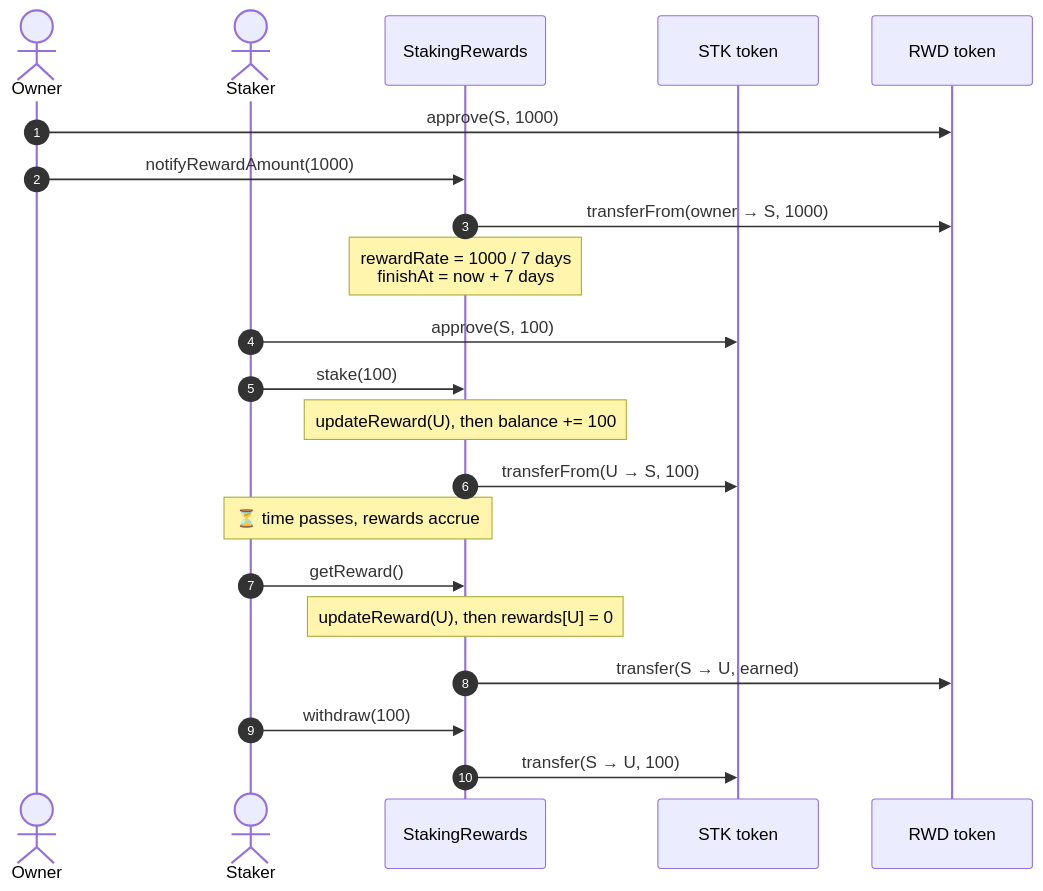
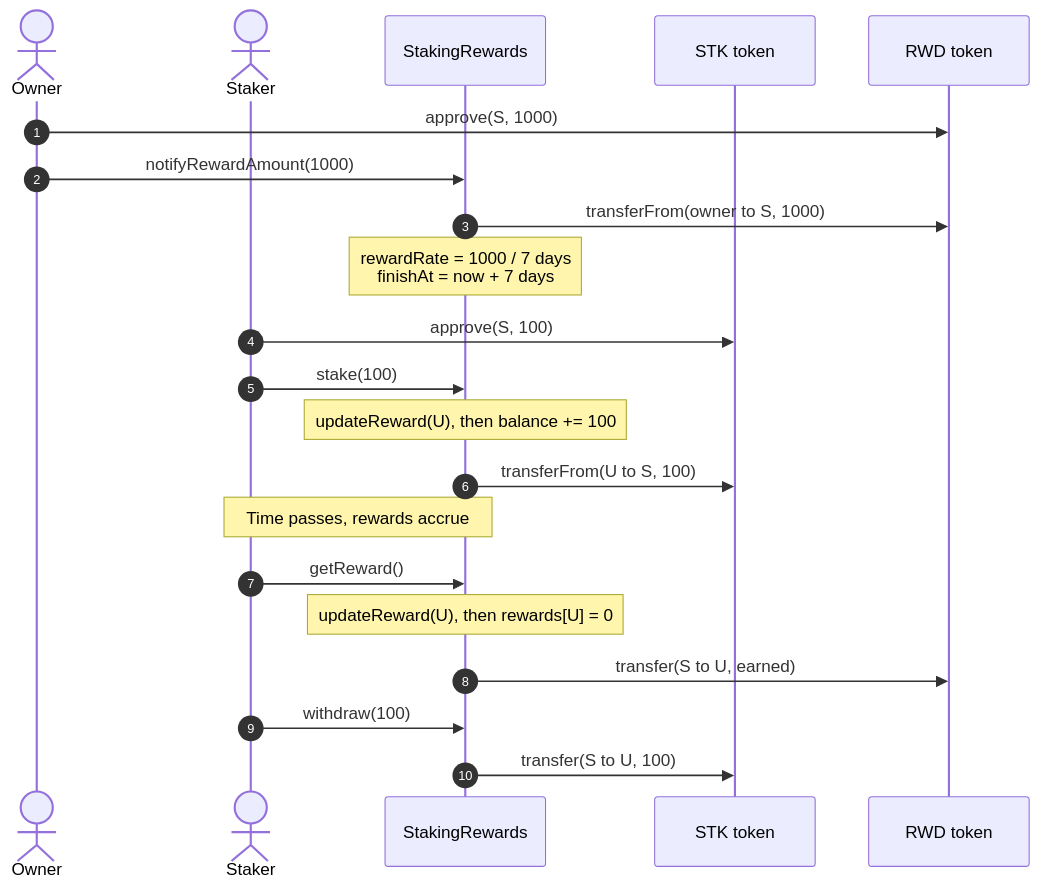
One commit to rajdama/staking-rewards changed the third of 3 diagrams in README.md. Above: the diagram before and after it, drawn with Mermaid. The commit also changed other lines of this file and 1 other file, not shown here.

First line of the commit message:
Fix README diagrams that failed to render on GitHub

````diff
--- a/README.md
+++ b/README.md
@@ -125,28 +116,28 @@
 ```mermaid
 sequenceDiagram
     autonumber
     actor O as Owner
     actor U as Staker
     participant S as StakingRewards
     participant STK as STK token
     participant RWD as RWD token
 
     O->>RWD: approve(S, 1000)
     O->>S: notifyRewardAmount(1000)
-    S->>RWD: transferFrom(owner → S, 1000)
+    S->>RWD: transferFrom(owner to S, 1000)
     Note over S: rewardRate = 1000 / 7 days<br/>finishAt = now + 7 days
 
     U->>STK: approve(S, 100)
     U->>S: stake(100)
     Note over S: updateReward(U), then balance += 100
-    S->>STK: transferFrom(U → S, 100)
+    S->>STK: transferFrom(U to S, 100)
 
-    Note over U,S: ⏳ time passes, rewards accrue
+    Note over U,S: Time passes, rewards accrue
 
     U->>S: getReward()
     Note over S: updateReward(U), then rewards[U] = 0
-    S->>RWD: transfer(S → U, earned)
+    S->>RWD: transfer(S to U, earned)
 
     U->>S: withdraw(100)
-    S->>STK: transfer(S → U, 100)
+    S->>STK: transfer(S to U, 100)
 ```
````
